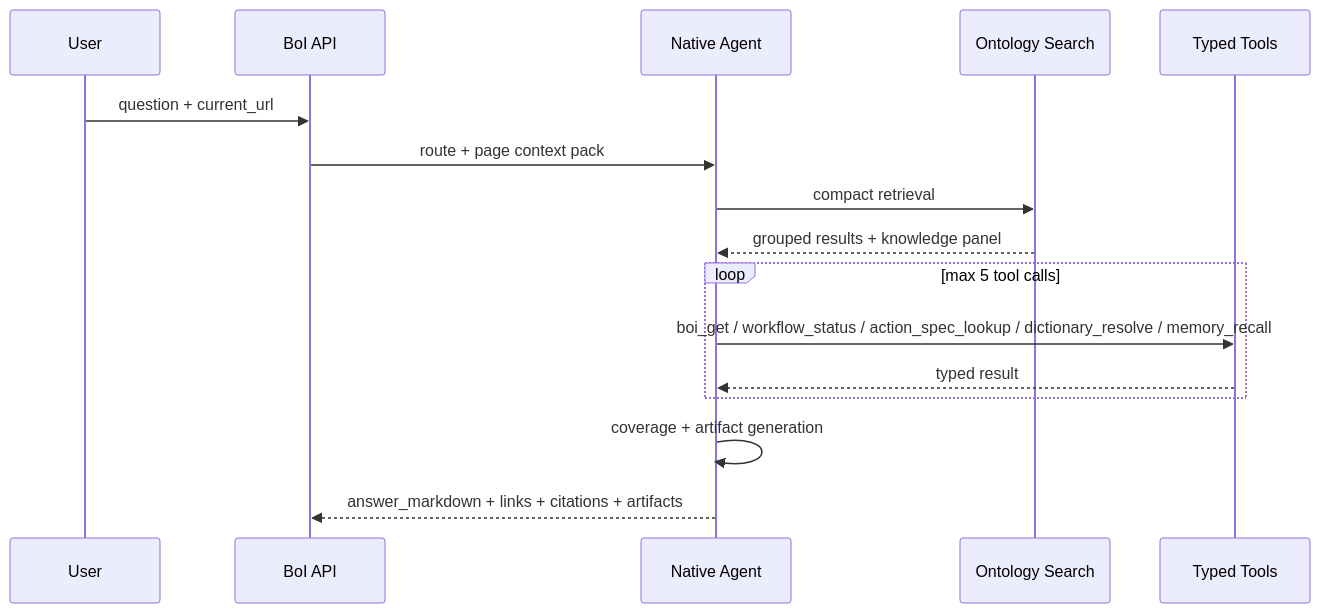
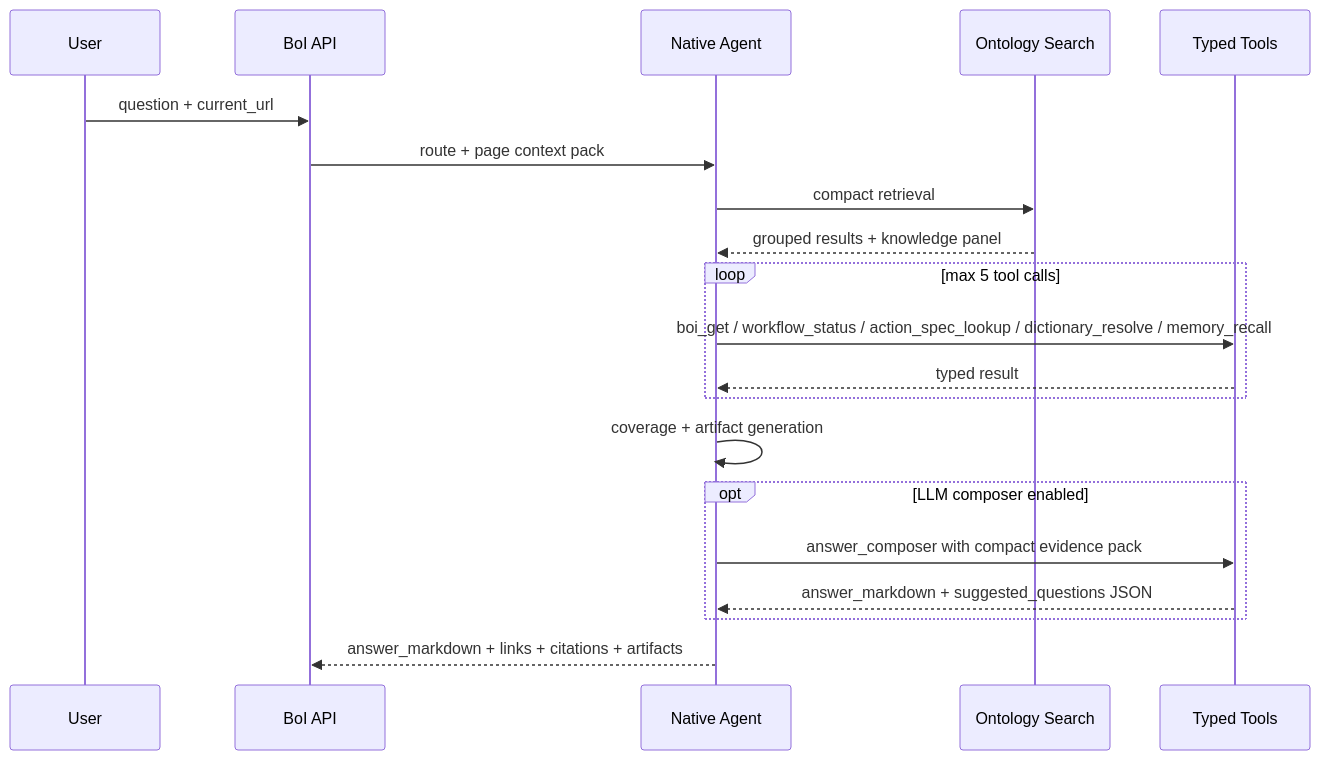
One commit to chokukil/boi-wiki changed the second of 2 diagrams in data/boi/public/boi-wiki-manual/agent/native-boi-agent-tool-loop.md. Above: the diagram before and after it, drawn with Mermaid. The commit also changed other lines of this file and 8 other files, not shown here.

Commit message:
Add LLM composer for Native BoI Agent answers

````diff
--- a/data/boi/public/boi-wiki-manual/agent/native-boi-agent-tool-loop.md
+++ b/data/boi/public/boi-wiki-manual/agent/native-boi-agent-tool-loop.md
@@ -49,19 +53,23 @@
 ```mermaid
 sequenceDiagram
   participant U as User
   participant API as BoI API
   participant Agent as Native Agent
   participant Search as Ontology Search
   participant Tool as Typed Tools
 
   U->>API: question + current_url
   API->>Agent: route + page context pack
   Agent->>Search: compact retrieval
   Search-->>Agent: grouped results + knowledge panel
   loop max 5 tool calls
     Agent->>Tool: boi_get / workflow_status / action_spec_lookup / dictionary_resolve / memory_recall
     Tool-->>Agent: typed result
   end
   Agent->>Agent: coverage + artifact generation
+  opt LLM composer enabled
+    Agent->>Tool: answer_composer with compact evidence pack
+    Tool-->>Agent: answer_markdown + suggested_questions JSON
+  end
   Agent-->>API: answer_markdown + links + citations + artifacts
 ```
````
